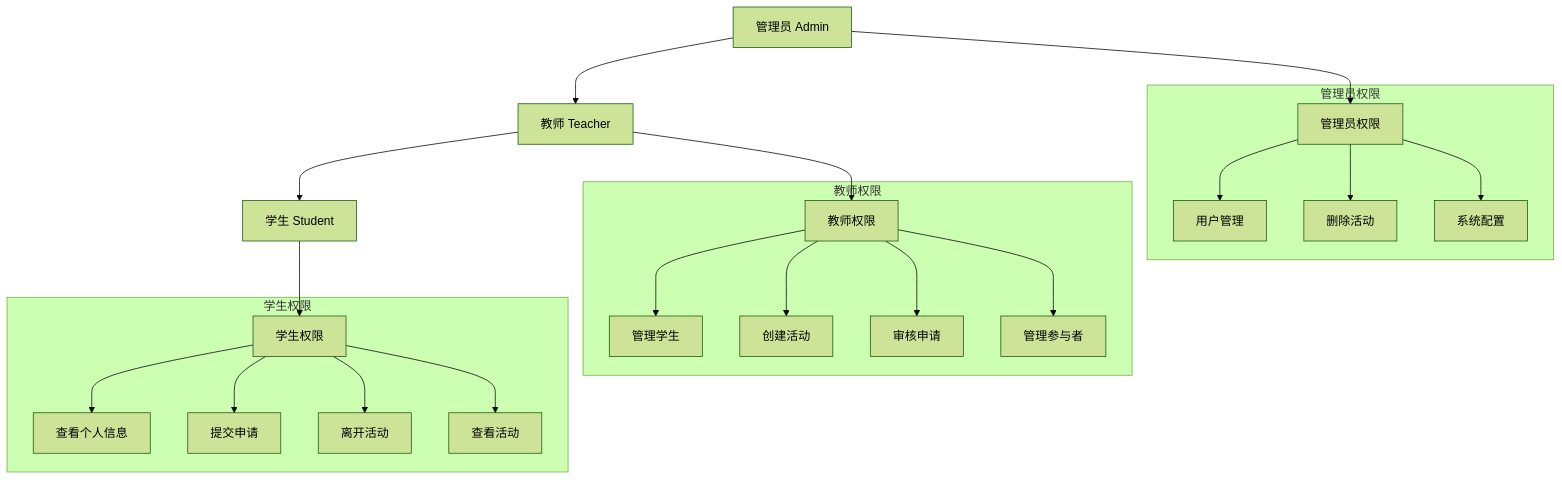
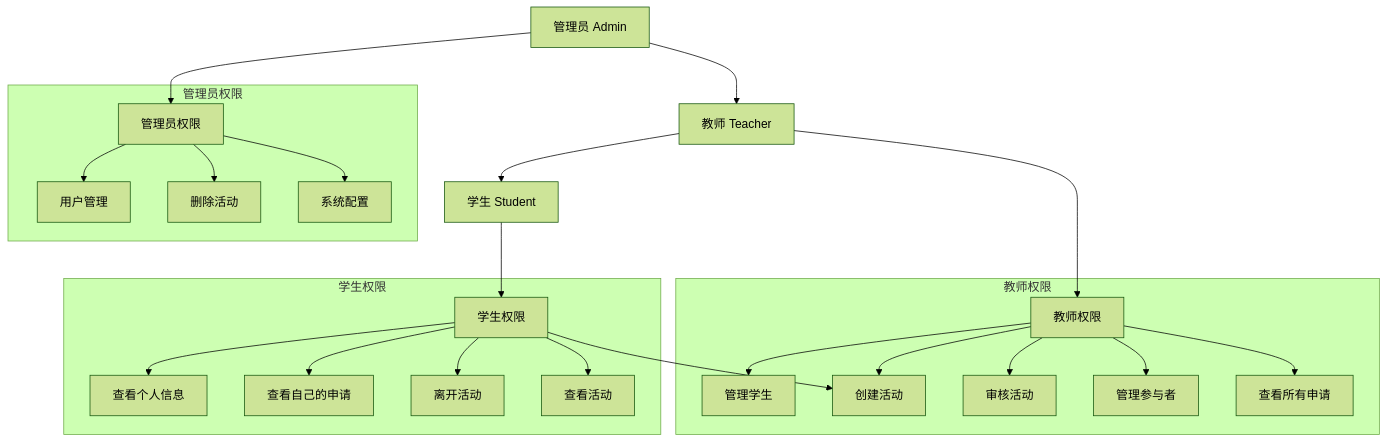
One commit to EmptyDust/credit-management changed the second of 10 diagrams in docs/PERMISSION_DIAGRAM.md. Above: the diagram before and after it, drawn with Mermaid (forest theme). The commit also changed 16 other files, not shown here.

````diff
--- a/docs/PERMISSION_DIAGRAM.md
+++ b/docs/PERMISSION_DIAGRAM.md
@@ -35,29 +35,31 @@
 ```mermaid
 graph TD
     Admin[管理员 Admin] --> Teacher[教师 Teacher]
     Teacher --> Student[学生 Student]
 
     Admin --> AdminPerms[管理员权限]
     Teacher --> TeacherPerms[教师权限]
     Student --> StudentPerms[学生权限]
 
     subgraph "管理员权限"
         AdminPerms --> ManageUsers[用户管理]
         AdminPerms --> DeleteActivities[删除活动]
         AdminPerms --> SystemConfig[系统配置]
     end
 
     subgraph "教师权限"
         TeacherPerms --> ManageStudents[管理学生]
         TeacherPerms --> CreateActivities[创建活动]
-        TeacherPerms --> ReviewApplications[审核申请]
+        TeacherPerms --> ReviewActivities[审核活动]
         TeacherPerms --> ManageParticipants[管理参与者]
+        TeacherPerms --> ViewAllApplications[查看所有申请]
     end
 
     subgraph "学生权限"
         StudentPerms --> ViewProfile[查看个人信息]
-        StudentPerms --> SubmitApplications[提交申请]
+        StudentPerms --> CreateActivities[创建活动]
+        StudentPerms --> ViewOwnApplications[查看自己的申请]
         StudentPerms --> LeaveActivity[离开活动]
         StudentPerms --> ViewActivities[查看活动]
     end
 ```
````
